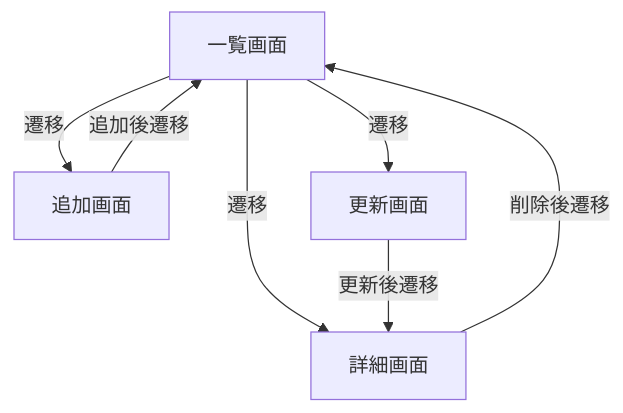
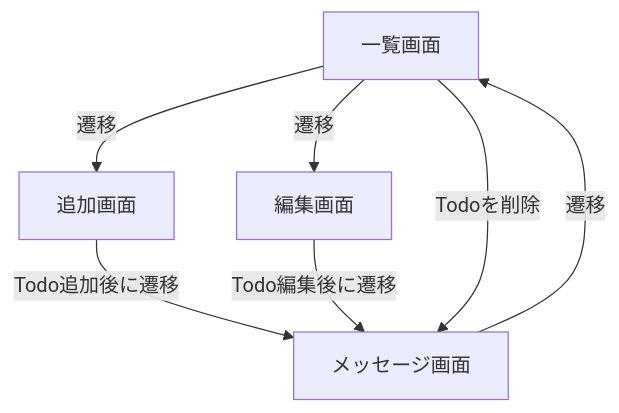
Before and after one commit to Ken-kichi/azure_todo_app: the first of 2 diagrams in index.md, drawn with Mermaid. The commit also changed other lines of this file and 4 other files, not shown here.

````diff
--- a/index.md
+++ b/index.md
@@ -1,10 +1,10 @@
 ```mermaid
 graph TD;
-    A[一覧画面] -->|遷移| B[詳細画面];
     A[一覧画面] -->|遷移| C[追加画面];
-    A[一覧画面] -->|遷移| D[更新画面];
-    D[更新画面] -->|更新後遷移| B[詳細画面];
-    C[追加画面] -->|追加後遷移| A[一覧画面];
-    B[詳細画面] -->|削除後遷移| A[一覧画面];
+    C[追加画面] -->|Todo追加後に遷移| E[メッセージ画面];
+    A[一覧画面] -->|遷移| F[編集画面];
+    F[編集画面] -->|Todo編集後に遷移| E[メッセージ画面];
+    A[一覧画面] -->|Todoを削除| E[メッセージ画面];
+    E[メッセージ画面] -->|遷移| A[一覧画面];
 
 ```
````
